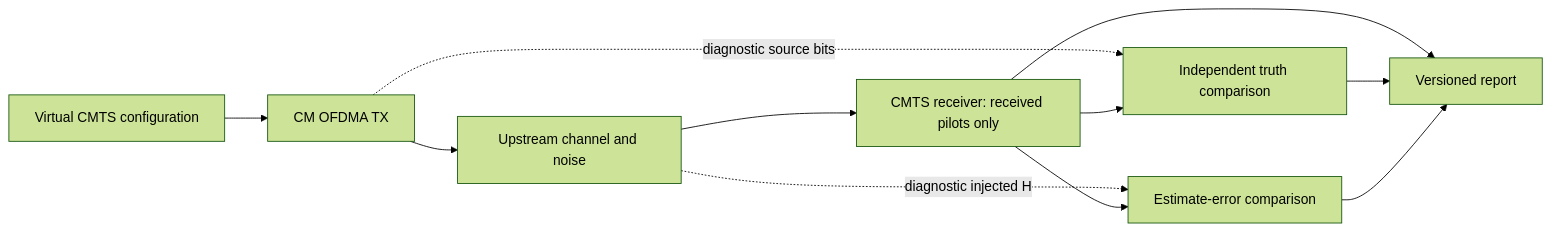
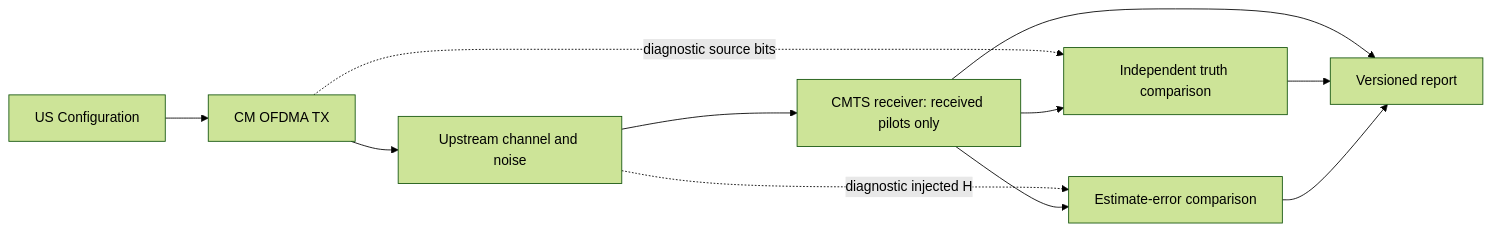
One commit to PyPNMApps/morgana changed the diagram in docs/development/features/foundation/design.md. Above: the diagram before and after it, drawn with Mermaid (forest theme). The commit also changed other lines of this file and 8 other files, not shown here.

````diff
--- a/docs/development/features/foundation/design.md
+++ b/docs/development/features/foundation/design.md
@@ -172,13 +172,13 @@
 ```mermaid
 flowchart LR
-  V[Virtual CMTS configuration] --> TX[CM OFDMA TX]
+  V[US Configuration] --> TX[CM OFDMA TX]
   TX --> C[Upstream channel and noise]
   C --> RX[CMTS receiver: received pilots only]
   RX --> R[Versioned report]
   TX -. diagnostic source bits .-> T[Independent truth comparison]
   RX --> T
   T --> R
   C -. diagnostic injected H .-> E[Estimate-error comparison]
   RX --> E
   E --> R
 ```
````
